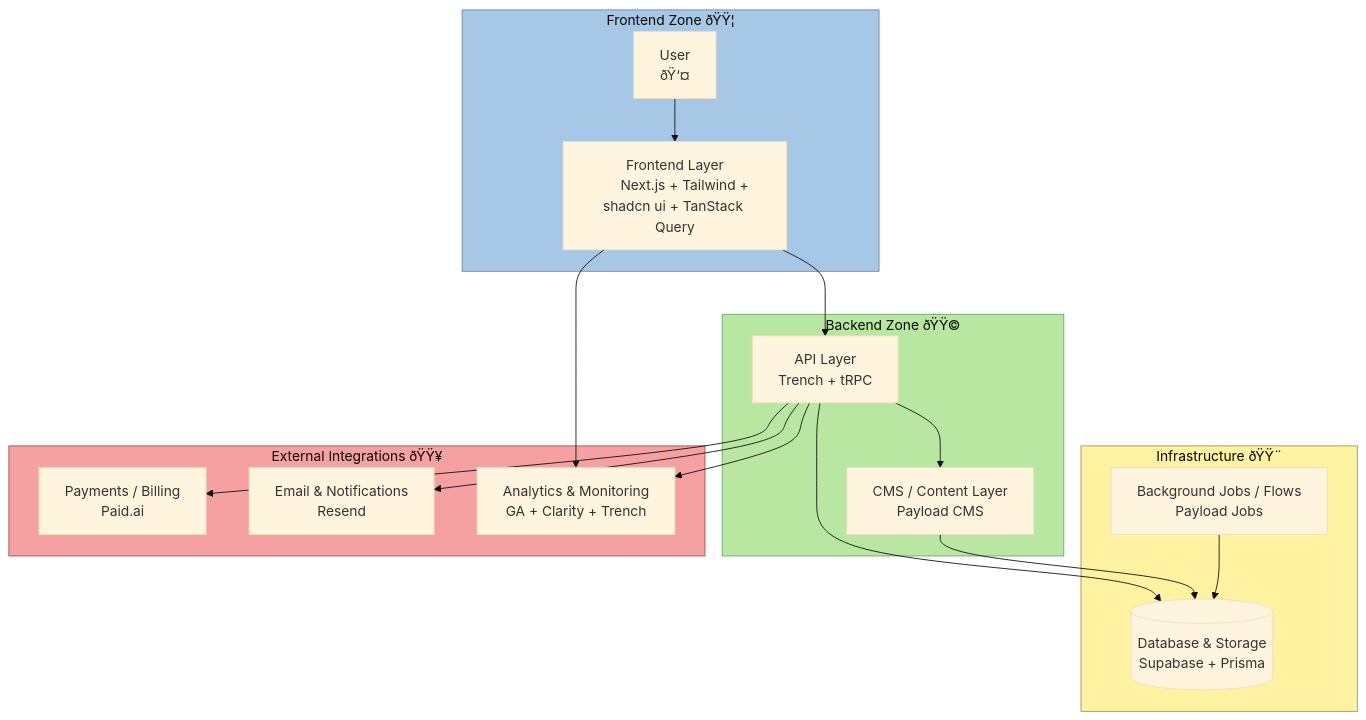
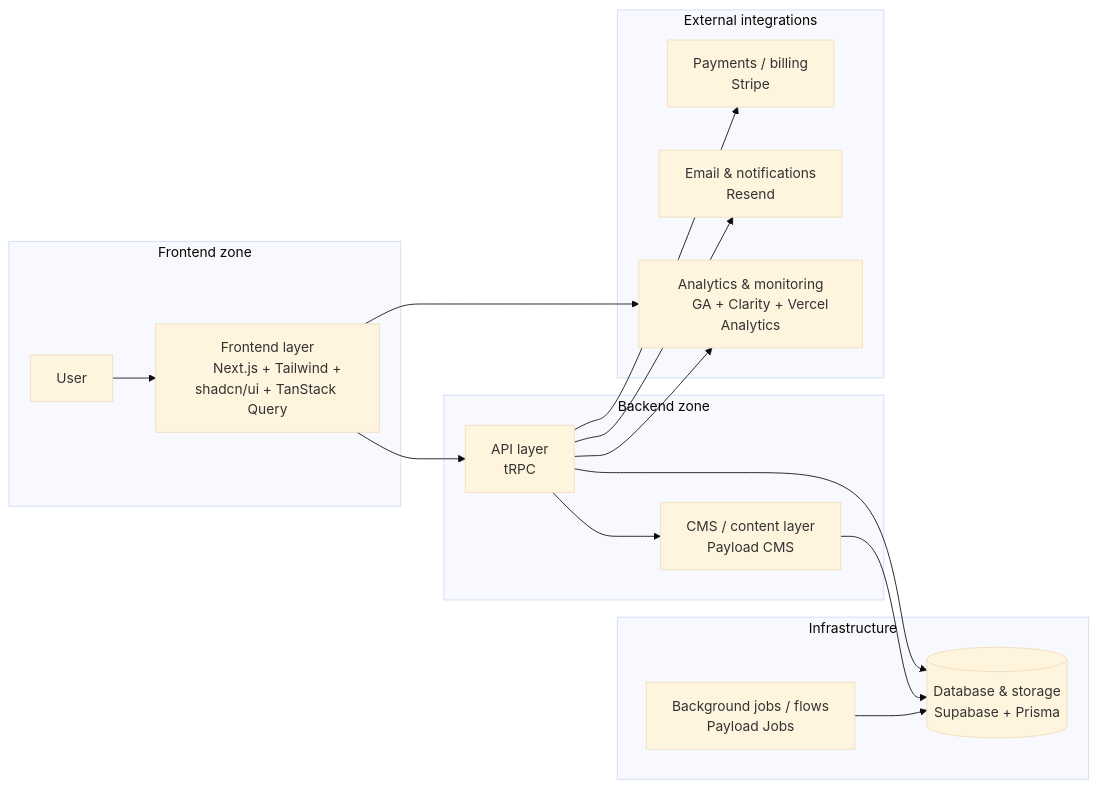
Before and after one commit to MoxyWolfLLC/moxywolf-plugins: the diagram in plugins/github-repo-analyzer/skills/github-repo-analyzer/references/tech-stack.md, drawn with Mermaid (base theme). The commit also changed other lines of this file and 2 other files, not shown here.

First line of the commit message:
fix(github-repo-analyzer): reconcile conformance tech-stack ref with vault V4.7 (0.10.0)

````diff
--- a/plugins/github-repo-analyzer/skills/github-repo-analyzer/references/tech-stack.md
+++ b/plugins/github-repo-analyzer/skills/github-repo-analyzer/references/tech-stack.md
@@ -107,51 +106,42 @@
 ```mermaid
-flowchart TB
-  %% --- ZONE DEFINITIONS ---
-  subgraph FrontendZone["Frontend Zone ðŸŸ¦"]
-    A[User
-      ðŸ‘¤]
-    B[Frontend Layer
-      Next.js + Tailwind + shadcn ui + TanStack Query]
+flowchart LR
+  subgraph FrontendZone["Frontend zone"]
+    A[User]
+    B[Frontend layer
+      Next.js + Tailwind + shadcn/ui + TanStack Query]
   end
 
-  subgraph BackendZone["Backend Zone ðŸŸ©"]
-    C[API Layer
-      Trench + tRPC]
-    D[CMS / Content Layer
+  subgraph BackendZone["Backend zone"]
+    C[API layer
+      tRPC]
+    D[CMS / content layer
       Payload CMS]
   end
 
-  subgraph Infrastructure["Infrastructure ðŸŸ¨"]
-    E[(Database & Storage
+  subgraph Infrastructure["Infrastructure"]
+    E[(Database & storage
        Supabase + Prisma)]
-    F[Background Jobs / Flows
+    F[Background jobs / flows
       Payload Jobs]
   end
 
-  subgraph Integrations["External Integrations ðŸŸ¥"]
-    G[Payments / Billing
-      Paid.ai]
-    H[Email & Notifications
+  subgraph Integrations["External integrations"]
+    G[Payments / billing
+      Stripe]
+    H[Email & notifications
       Resend]
-    I[Analytics & Monitoring
-      GA + Clarity + Trench]
+    I[Analytics & monitoring
+      GA + Clarity + Vercel Analytics]
   end
 
-  %% --- CONNECTIONS ---
   A --> B
   B --> C
   C --> D
   C --> E
   D --> E
   C --> G
   C --> H
   F --> E
   B --> I
   C --> I
-
-  %% --- STYLE CUSTOMIZATION ---
-  style FrontendZone fill:#A7C7E7,stroke:#6B8BA4
-  style BackendZone fill:#B7E7A1,stroke:#6BA46B
-  style Infrastructure fill:#FFF2A1,stroke:#A49547
-  style Integrations fill:#F6A1A1,stroke:#A14E4E
-  ```
+```
````
